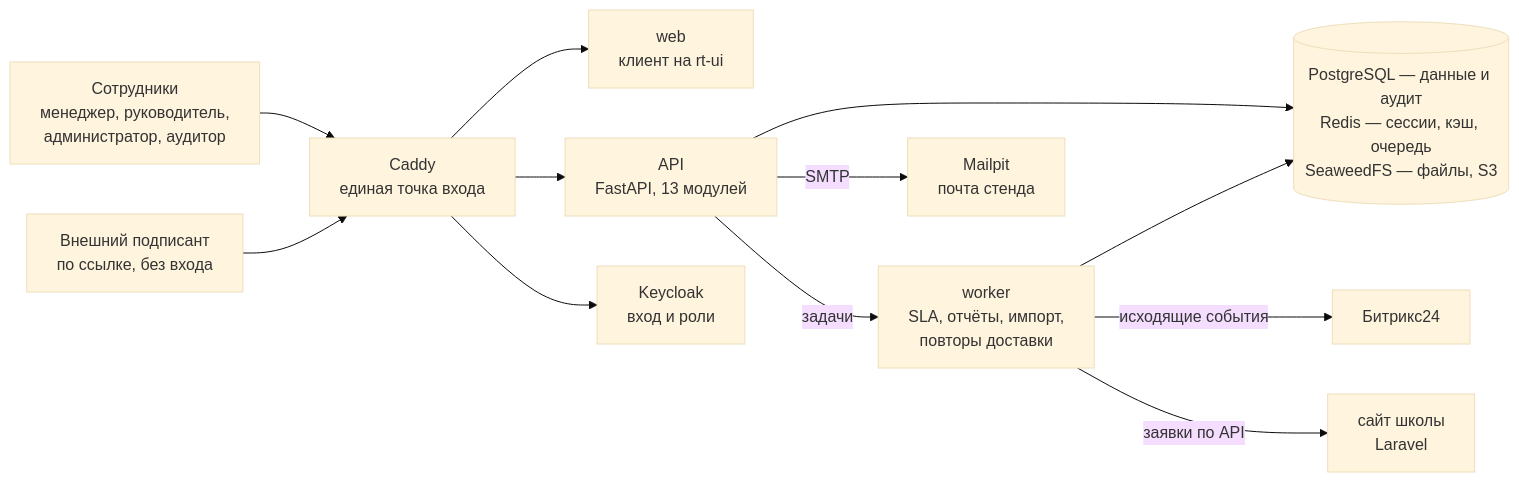
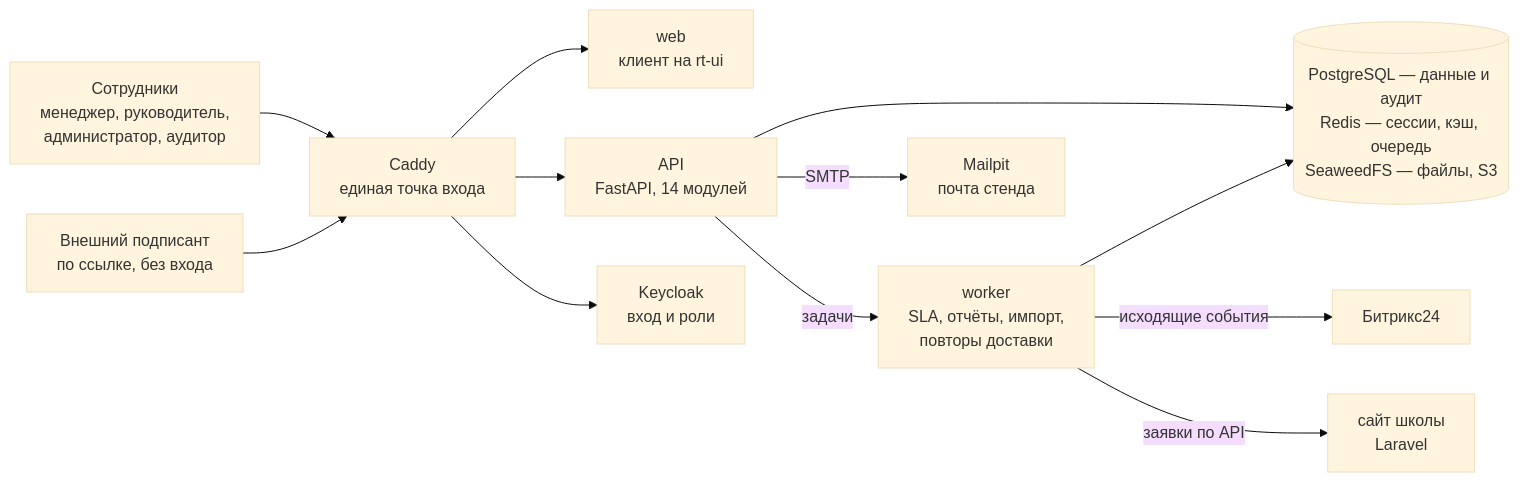
The first of 2 diagrams in profile/README.md (lct-testkit/.github), drawn with Mermaid (base theme) before and after one commit. The commit also changed other lines of this file and 2 other files, not shown here.

Commit message:
docs: 14 модулей бэкенда — в v0.6.3 добавлен search

````diff
--- a/profile/README.md
+++ b/profile/README.md
@@ -112,14 +112,14 @@
 ```mermaid
 flowchart LR
   U["Сотрудники<br/>менеджер, руководитель,<br/>администратор, аудитор"] --> CD
   X["Внешний подписант<br/>по ссылке, без входа"] --> CD
   CD["Caddy<br/>единая точка входа"] --> WEB["web<br/>клиент на rt-ui"]
-  CD --> API["API<br/>FastAPI, 13 модулей"]
+  CD --> API["API<br/>FastAPI, 14 модулей"]
   CD --> KC["Keycloak<br/>вход и роли"]
   API --> DATA[("PostgreSQL — данные и аудит<br/>Redis — сессии, кэш, очередь<br/>SeaweedFS — файлы, S3")]
   API -->|"задачи"| WK["worker<br/>SLA, отчёты, импорт,<br/>повторы доставки"]
   WK --> DATA
   WK -->|"исходящие события"| BX["Битрикс24"]
   API -->|"SMTP"| ML["Mailpit<br/>почта стенда"]
   WK -->|"заявки по API"| SITE["сайт школы<br/>Laravel"]
 ```
````
